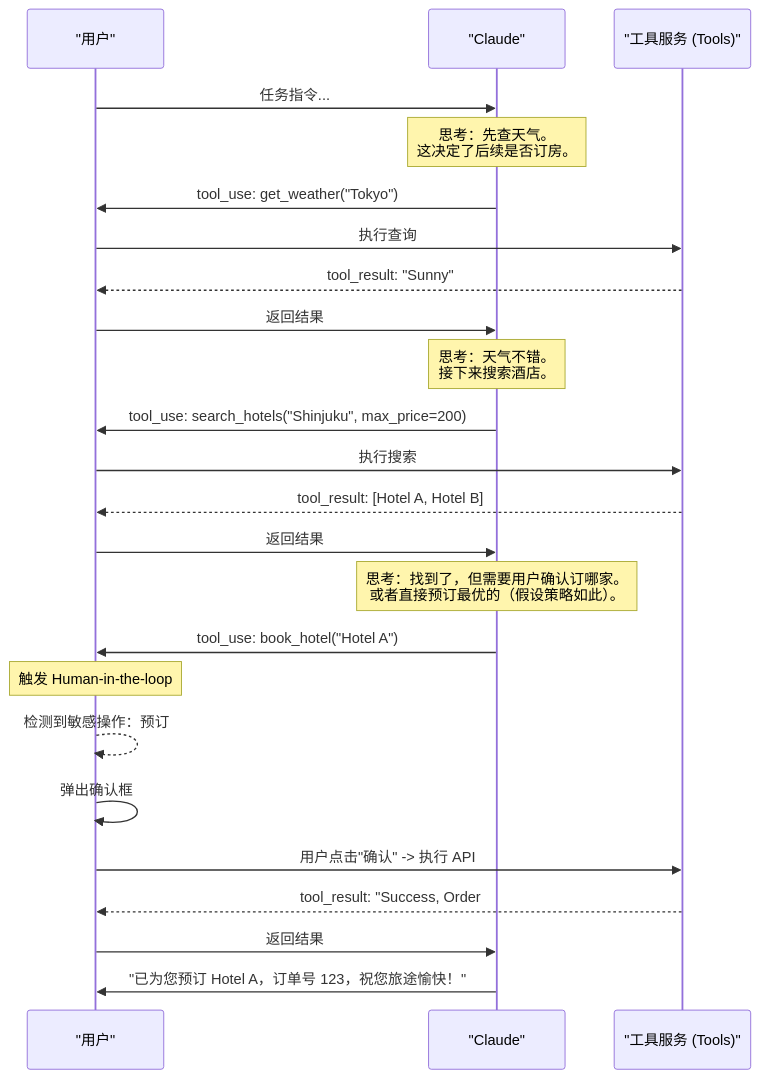
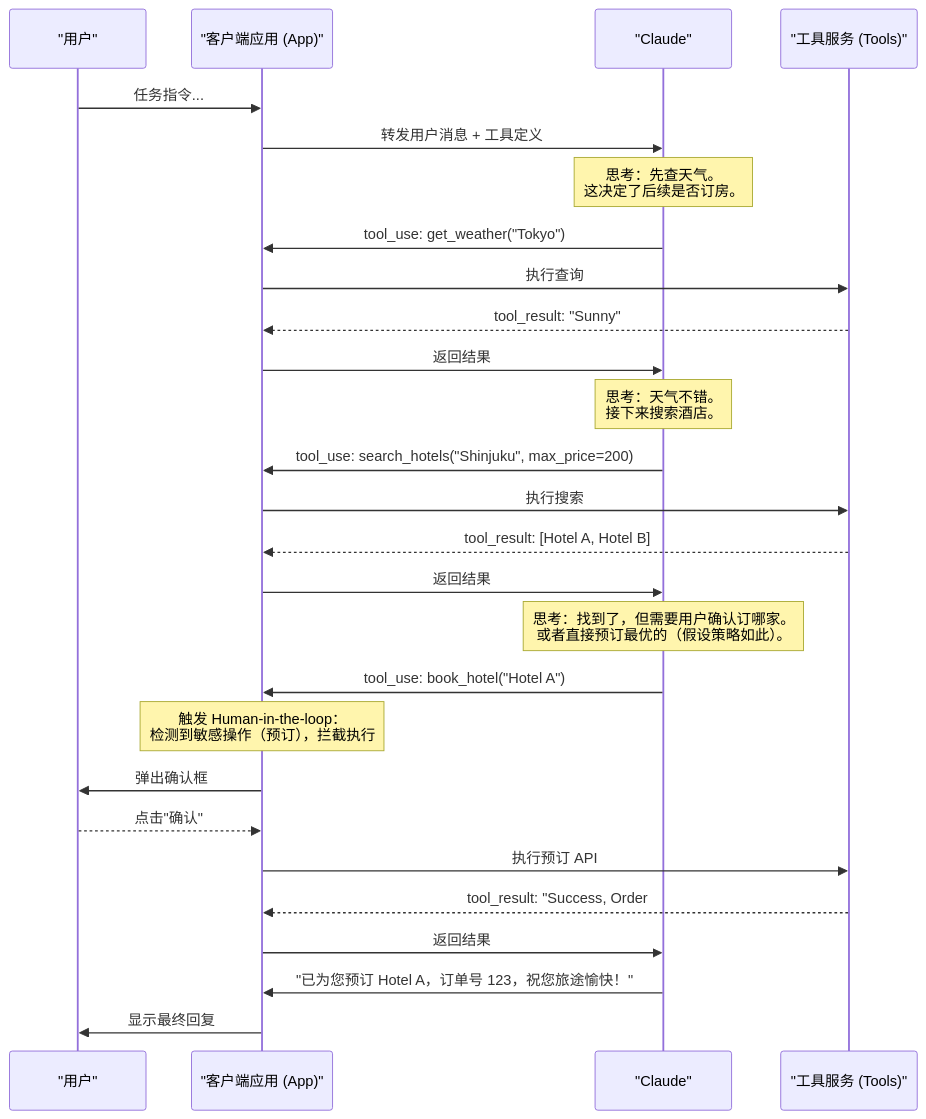
The diagram in 03_tools/3.4_orchestration.md (yeasy/claude_guide), drawn with Mermaid before and after one commit. The commit also changed 12 other files, not shown here.

````diff
--- a/03_tools/3.4_orchestration.md
+++ b/03_tools/3.4_orchestration.md
@@ -86,35 +86,38 @@
 ```mermaid
 sequenceDiagram
     participant U as "用户"
+    participant A as "客户端应用 (App)"
     participant C as "Claude"
     participant T as "工具服务 (Tools)"
 
-    U->>C: 任务指令...
+    U->>A: 任务指令...
+    A->>C: 转发用户消息 + 工具定义
 
     Note over C: 思考：先查天气。<br>这决定了后续是否订房。
-    C->>U: tool_use: get_weather("Tokyo")
+    C->>A: tool_use: get_weather("Tokyo")
 
-    U->>T: 执行查询
-    T-->>U: tool_result: "Sunny"
-    U->>C: 返回结果
+    A->>T: 执行查询
+    T-->>A: tool_result: "Sunny"
+    A->>C: 返回结果
 
     Note over C: 思考：天气不错。<br>接下来搜索酒店。
-    C->>U: tool_use: search_hotels("Shinjuku", max_price=200)
+    C->>A: tool_use: search_hotels("Shinjuku", max_price=200)
 
-    U->>T: 执行搜索
-    T-->>U: tool_result: [Hotel A, Hotel B]
-    U->>C: 返回结果
+    A->>T: 执行搜索
+    T-->>A: tool_result: [Hotel A, Hotel B]
+    A->>C: 返回结果
 
     Note over C: 思考：找到了，但需要用户确认订哪家。<br>或者直接预订最优的（假设策略如此）。
-    C->>U: tool_use: book_hotel("Hotel A")
+    C->>A: tool_use: book_hotel("Hotel A")
 
-    Note over U: 触发 Human-in-the-loop
-    U-->>U: 检测到敏感操作：预订
-    U->>U: 弹出确认框
+    Note over A: 触发 Human-in-the-loop：<br>检测到敏感操作（预订），拦截执行
+    A->>U: 弹出确认框
+    U-->>A: 点击"确认"
 
-    U->>T: 用户点击"确认" -> 执行 API
-    T-->>U: tool_result: "Success, Order #123"
-    U->>C: 返回结果
+    A->>T: 执行预订 API
+    T-->>A: tool_result: "Success, Order #123"
+    A->>C: 返回结果
 
-    C->>U: "已为您预订 Hotel A，订单号 123，祝您旅途愉快！"
+    C->>A: "已为您预订 Hotel A，订单号 123，祝您旅途愉快！"
+    A->>U: 显示最终回复
 ```
````
